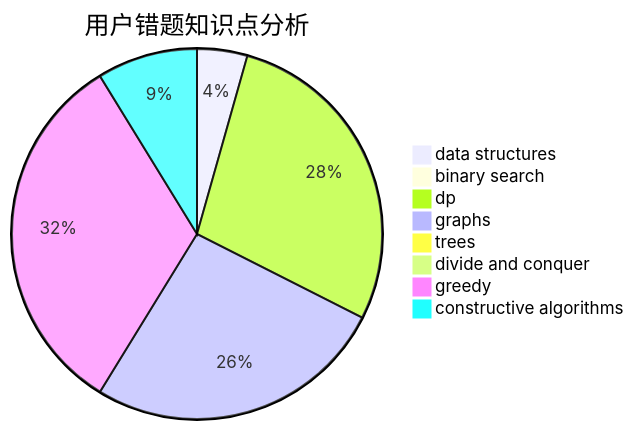
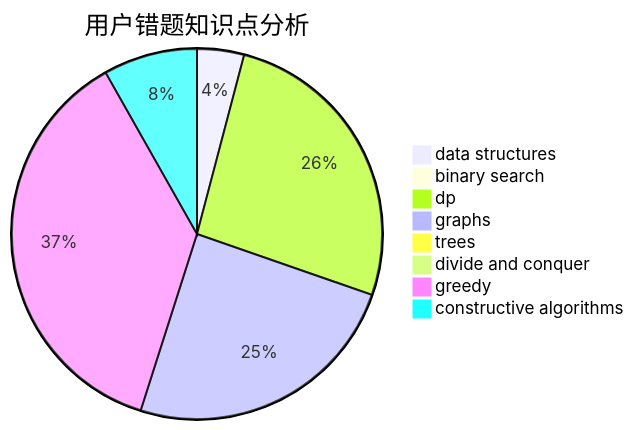
Before and after one commit to sherpahu/cfrs.github.io: the third of 3 diagrams in docs/user/u1023.md, drawn with Mermaid. The commit also changed other lines of this file and 2770 other files, not shown here.

````diff
--- a/docs/user/u1023.md
+++ b/docs/user/u1023.md
@@ -36,11 +36,11 @@
 ```mermaid
 pie title 用户错题知识点分析
     "data structures" :  5
     "binary search" :  0
     "dp" :  32
     "graphs" :  30
     "trees" :  0
     "divide and conquer" :  0
-    "greedy" :  37
+    "greedy" :  45
     "constructive algorithms" :  10
 ```
````
